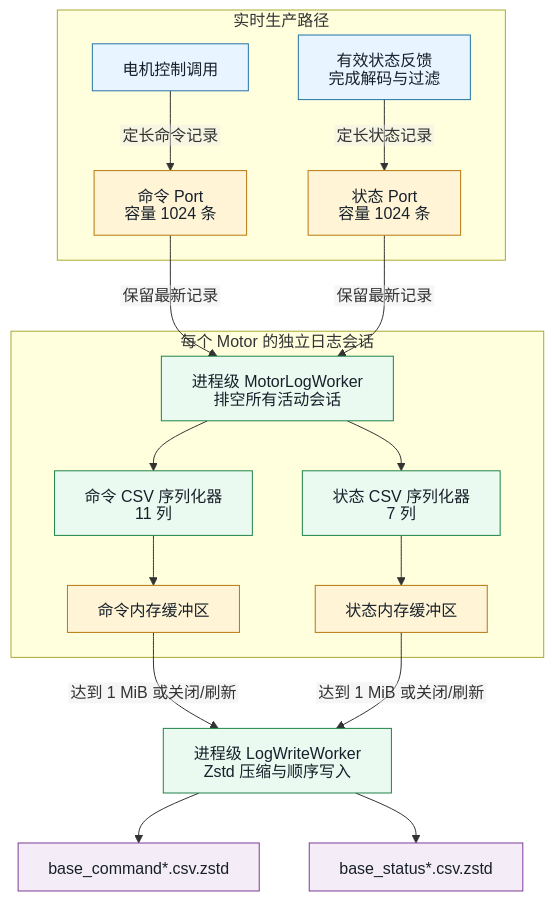
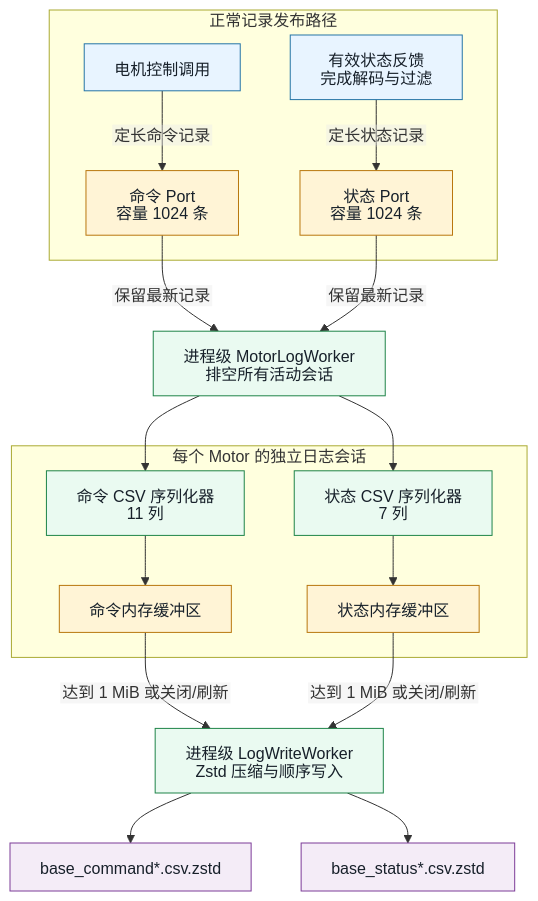
One commit to EncosTech/encos_driver changed the diagram in docs/diagrams/motor_data_logging_architecture.mmd. Above: the diagram before and after it, drawn with Mermaid. The commit also changed 436 other files, not shown here.

```diff
--- a/docs/diagrams/motor_data_logging_architecture.mmd
+++ b/docs/diagrams/motor_data_logging_architecture.mmd
@@ -1,31 +1,34 @@
 %%{init: {"htmlLabels": false, "flowchart": {"curve": "basis"}}}%%
 flowchart TB
-    subgraph Producer["实时生产路径"]
+    subgraph Producer["正常记录发布路径"]
         Command["电机控制调用"] -->|"定长命令记录"| CommandPort["命令 Port\n容量 1024 条"]
         Status["有效状态反馈\n完成解码与过滤"] -->|"定长状态记录"| StatusPort["状态 Port\n容量 1024 条"]
     end
 
     CommandPort -->|"保留最新记录"| MotorWorker["进程级 MotorLogWorker\n排空所有活动会话"]
     StatusPort -->|"保留最新记录"| MotorWorker
 
     subgraph Session["每个 Motor 的独立日志会话"]
-        MotorWorker --> CommandWriter["命令 CSV 序列化器\n11 列"]
-        MotorWorker --> StatusWriter["状态 CSV 序列化器\n7 列"]
+        CommandWriter["命令 CSV 序列化器\n11 列"]
+        StatusWriter["状态 CSV 序列化器\n7 列"]
         CommandWriter --> CommandBuffer["命令内存缓冲区"]
         StatusWriter --> StatusBuffer["状态内存缓冲区"]
     end
+
+    MotorWorker --> CommandWriter
+    MotorWorker --> StatusWriter
 
     CommandBuffer -->|"达到 1 MiB 或关闭/刷新"| FileWorker["进程级 LogWriteWorker\nZstd 压缩与顺序写入"]
     StatusBuffer -->|"达到 1 MiB 或关闭/刷新"| FileWorker
 
     FileWorker --> CommandFile["base_command*.csv.zstd"]
     FileWorker --> StatusFile["base_status*.csv.zstd"]
 
     classDef producer fill:#e8f4ff,stroke:#2474a6,color:#17202a;
     classDef queue fill:#fff4d6,stroke:#b9770e,color:#17202a;
     classDef worker fill:#eafaf1,stroke:#1e8449,color:#17202a;
     classDef file fill:#f4ecf7,stroke:#7d3c98,color:#17202a;
     class Command,Status producer;
     class CommandPort,StatusPort,CommandBuffer,StatusBuffer queue;
     class MotorWorker,CommandWriter,StatusWriter,FileWorker worker;
     class CommandFile,StatusFile file;
```
